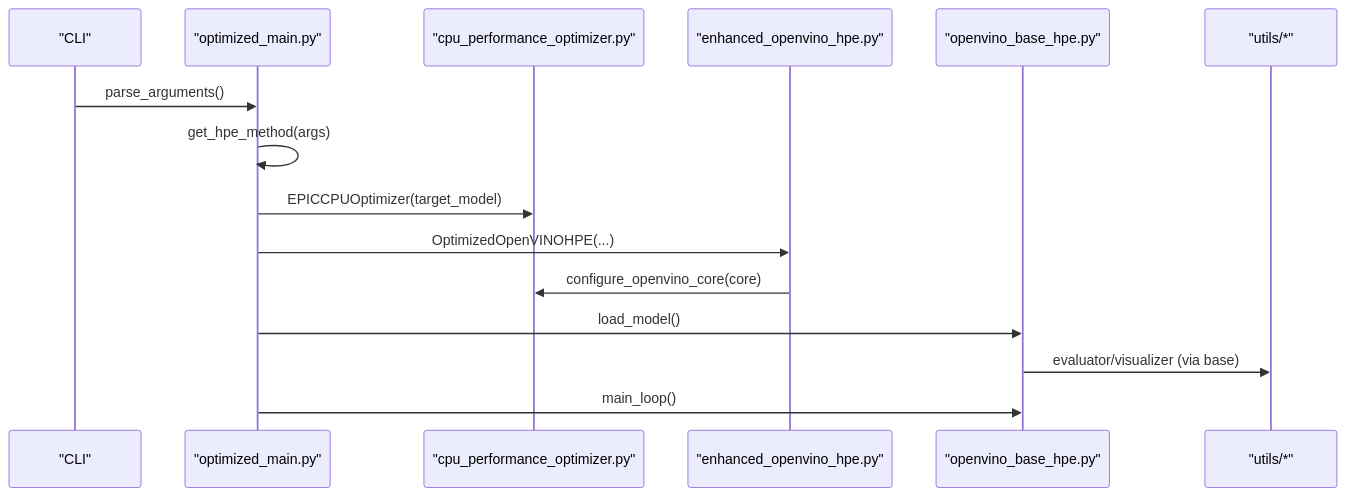
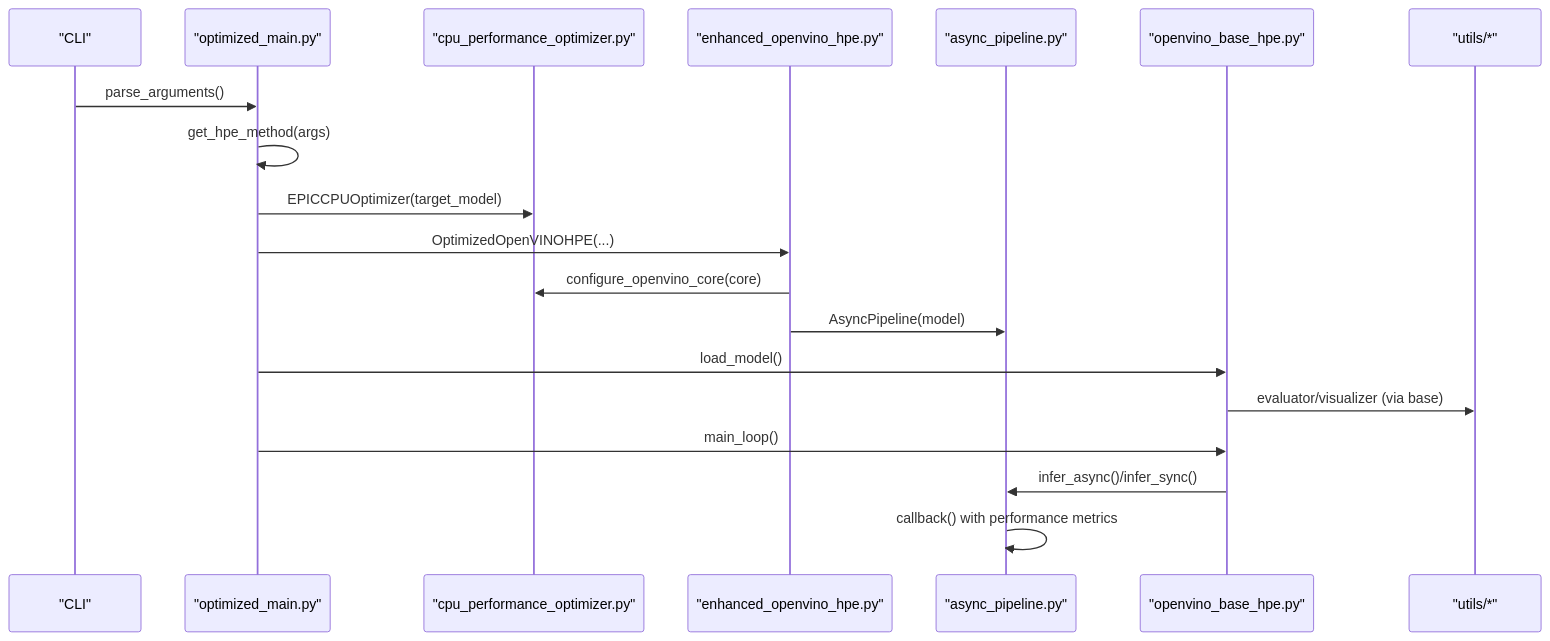
The second of 10 diagrams in .qoder/repowiki/en/content/Performance Optimization/Model Optimization.md (Fogus-Gr/MeasurementsDTs), drawn with Mermaid before and after one commit. The commit also changed other lines of this file and 14 other files, not shown here.

````diff
--- a/.qoder/repowiki/en/content/Performance Optimization/Model Optimization.md
+++ b/.qoder/repowiki/en/content/Performance Optimization/Model Optimization.md
@@ -118,17 +145,21 @@
 ```mermaid
 sequenceDiagram
 participant CLI as "CLI"
 participant OM as "optimized_main.py"
 participant CPU as "cpu_performance_optimizer.py"
 participant EOH as "enhanced_openvino_hpe.py"
+participant API as "async_pipeline.py"
 participant OV as "openvino_base_hpe.py"
 participant UTIL as "utils/*"
 CLI->>OM : parse_arguments()
 OM->>OM : get_hpe_method(args)
 OM->>CPU : EPICCPUOptimizer(target_model)
 OM->>EOH : OptimizedOpenVINOHPE(...)
 EOH->>CPU : configure_openvino_core(core)
+EOH->>API : AsyncPipeline(model)
 OM->>OV : load_model()
 OV->>UTIL : evaluator/visualizer (via base)
 OM->>OV : main_loop()
+OV->>API : infer_async()/infer_sync()
+API->>API : callback() with performance metrics
 ```
````
